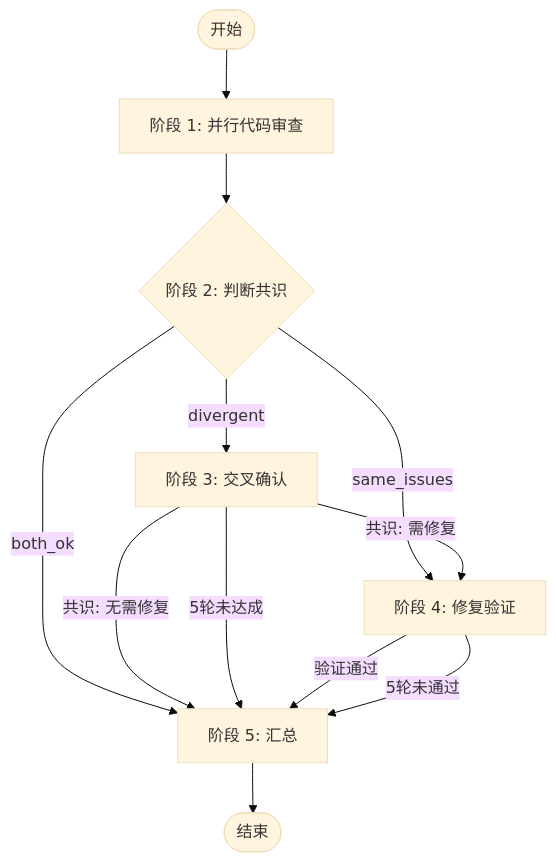
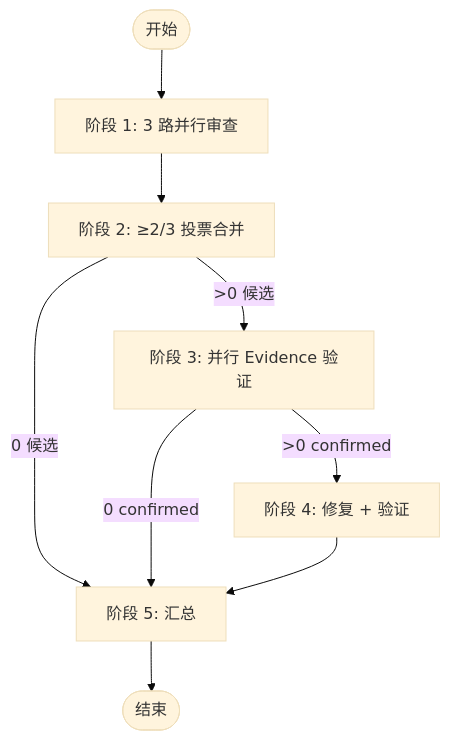
The first of 2 diagrams in src/hive/plugins/code-review/skills/code-review/SKILL.md (ryanflavor/hive), drawn with Mermaid (base theme) before and after one commit. The commit also changed other lines of this file and 22 other files, not shown here.

````diff
--- a/src/hive/plugins/code-review/skills/code-review/SKILL.md
+++ b/src/hive/plugins/code-review/skills/code-review/SKILL.md
@@ -94,18 +101,11 @@
 ```mermaid
 flowchart TD
-    Start([开始]) --> S1[阶段 1: 并行代码审查]
-    S1 --> S2{阶段 2: 判断共识}
-
-    S2 -->|both_ok| S5[阶段 5: 汇总]
-    S2 -->|same_issues| S4[阶段 4: 修复验证]
-    S2 -->|divergent| S3[阶段 3: 交叉确认]
-
-    S3 -->|共识: 无需修复| S5
-    S3 -->|共识: 需修复| S4
-    S3 -->|5轮未达成| S5
-
-    S4 -->|验证通过| S5
-    S4 -->|5轮未通过| S5
-
+    Start([开始]) --> S1[阶段 1: 3 路并行审查]
+    S1 --> S2[阶段 2: ≥2/3 投票合并]
+    S2 -->|0 候选| S5[阶段 5: 汇总]
+    S2 -->|>0 候选| S3[阶段 3: 并行 Evidence 验证]
+    S3 -->|0 confirmed| S5
+    S3 -->|>0 confirmed| S4[阶段 4: 修复 + 验证]
+    S4 --> S5
     S5 --> End([结束])
 ```
````
